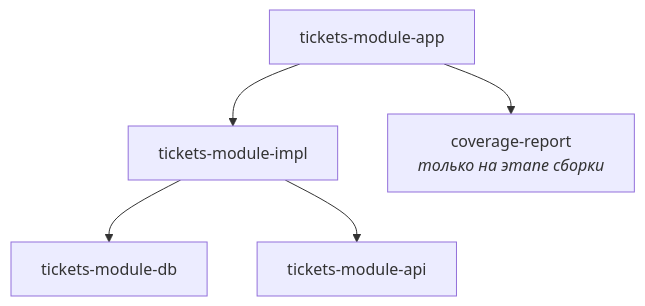
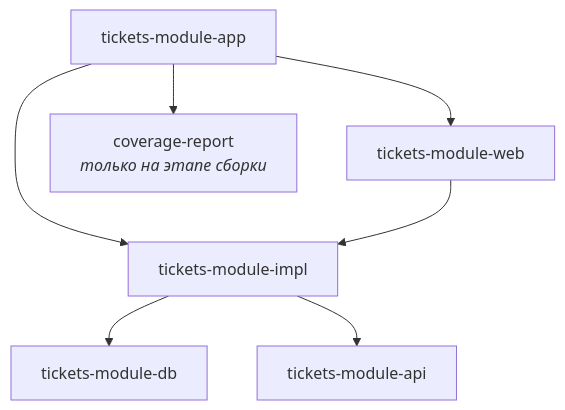
Before and after one commit to SokolovAndr/tickets-module: the diagram in README.md, drawn with Mermaid. The commit also changed other lines of this file and 2 other files, not shown here.

````diff
--- a/README.md
+++ b/README.md
@@ -23,7 +28,9 @@
 ```mermaid
 graph TD
     APP[tickets-module-app] --> IMPL[tickets-module-impl]
+    APP --> WEB[tickets-module-web]
     APP --> COV[coverage-report<br/><i>только на этапе сборки</i>]
     IMPL --> DB[tickets-module-db]
     IMPL --> API[tickets-module-api]
+    WEB --> IMPL
 ```
````
